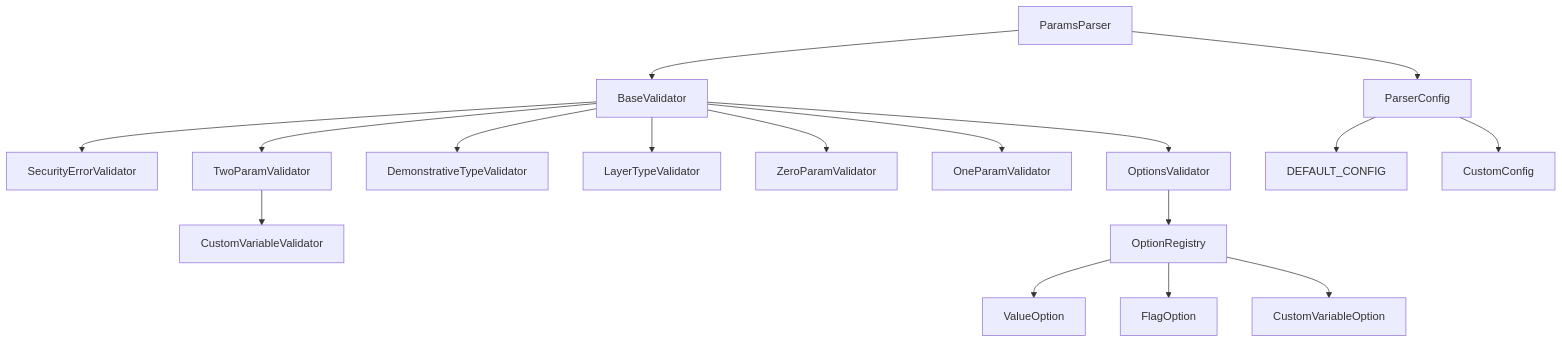
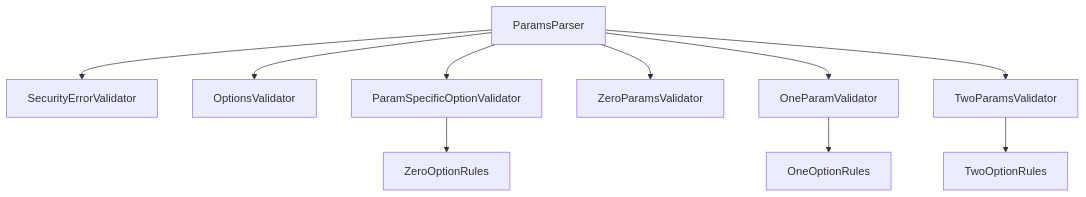
The first of 11 diagrams in docs/architecture/layer2_diagrams.ja.md (tettuan/breakdownparams), drawn with Mermaid before and after one commit. The commit also changed other lines of this file and 5 other files, not shown here.

First line of the commit message:
docs(architecture): update architecture documentation in Japanese and remove English versions

````diff
--- a/docs/architecture/layer2_diagrams.ja.md
+++ b/docs/architecture/layer2_diagrams.ja.md
@@ -7,23 +8,13 @@
 ```mermaid
 graph TD
-    A[ParamsParser] --> B[BaseValidator]
-    B --> C[SecurityErrorValidator]
-    B --> D[OptionsValidator]
-    B --> E[DemonstrativeTypeValidator]
-    B --> F[LayerTypeValidator]
-    B --> G[ZeroParamValidator]
-    B --> H[OneParamValidator]
-    B --> I[TwoParamValidator]
+    A[ParamsParser] --> B[SecurityErrorValidator]
+    A --> C[OptionsValidator]
+    A --> D[ParamSpecificOptionValidator]
+    A --> E[ZeroParamsValidator]
+    A --> F[OneParamValidator]
+    A --> G[TwoParamsValidator]
     
-    A --> J[ParserConfig]
-    J --> K[DEFAULT_CONFIG]
-    J --> L[CustomConfig]
-    
-    I --> M[CustomVariableValidator]
-
-    N[OptionRegistry] --> O[ValueOption]
-    N --> P[FlagOption]
-    N --> Q[CustomVariableOption]
-    
-    D --> N
+    D --> H[ZeroOptionRules]
+    F --> I[OneOptionRules]
+    G --> J[TwoOptionRules]
 ```
````
